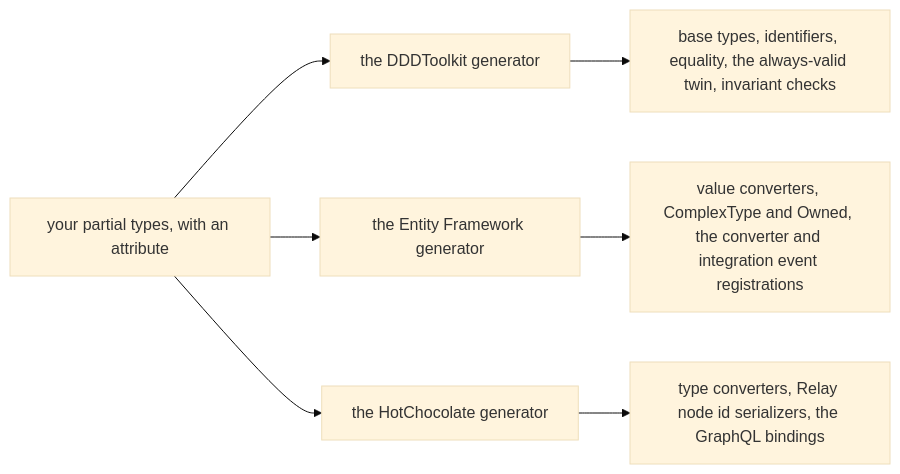
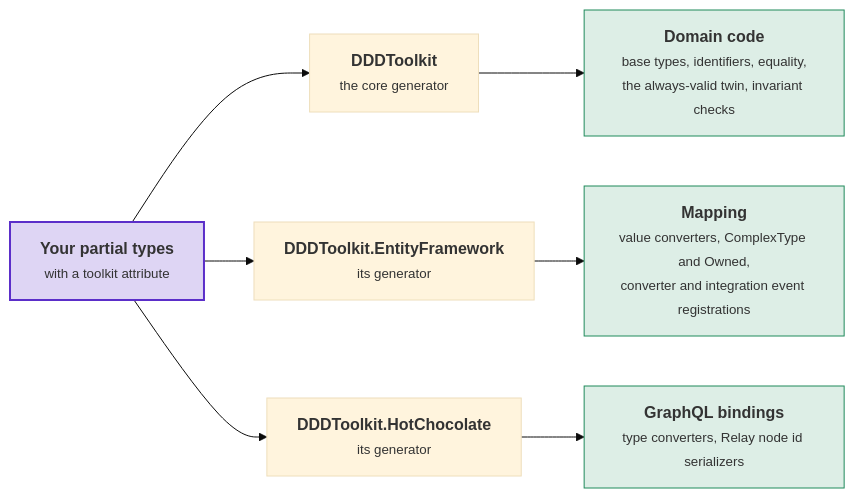
The diagram in docs/generated-code.md (DylanSnel/DDDToolkit), drawn with Mermaid (base theme) before and after one commit. The commit also changed other lines of this file and 41 other files, not shown here.

First line of the commit message:
Docs: plain prose, one word per concept, and readable diagrams on every page

````diff
--- a/docs/generated-code.md
+++ b/docs/generated-code.md
@@ -8,9 +10,17 @@
 ```mermaid
 flowchart LR
-    You["your partial types, with an attribute"] --> Core["the DDDToolkit generator"]
-    You --> EF["the Entity Framework generator"]
-    You --> HC["the HotChocolate generator"]
-    Core --> CoreOut["base types, identifiers, equality, the always-valid twin, invariant checks"]
-    EF --> EFOut["value converters, ComplexType and Owned, the converter and integration event registrations"]
-    HC --> HCOut["type converters, Relay node id serializers, the GraphQL bindings"]
+    you["<b>Your partial types</b><br/><small>with a toolkit attribute</small>"]
+    core["<b>DDDToolkit</b><br/><small>the core generator</small>"]
+    ef["<b>DDDToolkit.EntityFramework</b><br/><small>its generator</small>"]
+    hc["<b>DDDToolkit.HotChocolate</b><br/><small>its generator</small>"]
+    coreOut["<b>Domain code</b><br/><small>base types, identifiers, equality,<br/>the always-valid twin, invariant checks</small>"]
+    efOut["<b>Mapping</b><br/><small>value converters, ComplexType and Owned,<br/>converter and integration event registrations</small>"]
+    hcOut["<b>GraphQL bindings</b><br/><small>type converters, Relay node id serializers</small>"]
+    you --> core --> coreOut
+    you --> ef --> efOut
+    you --> hc --> hcOut
+    classDef strong fill:#5b2ec933,stroke:#5b2ec9,stroke-width:2px
+    classDef good fill:#1f8a5b26,stroke:#1f8a5b
+    class you strong
+    class coreOut,efOut,hcOut good
 ```
````
